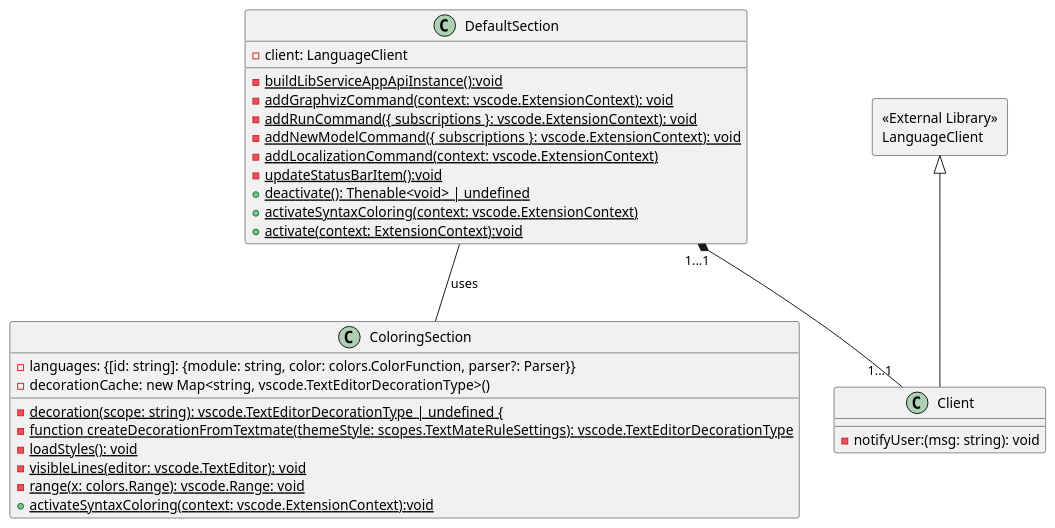
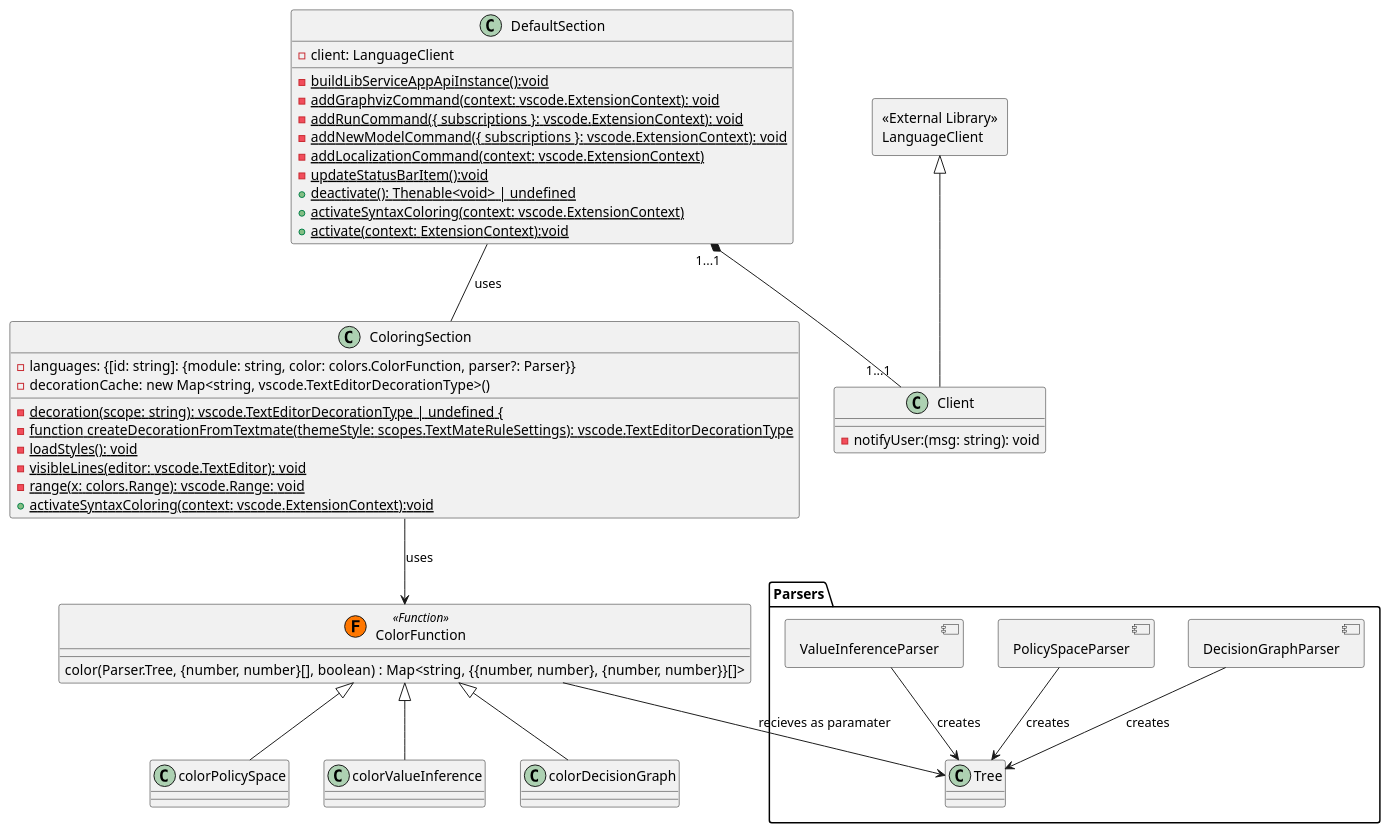
The diagram in diagrams/client/ExtensionClassDiagram.puml (wolfj123/PolicyModelsPlugin), drawn with PlantUML before and after one commit. The commit also changed 2 other files, not shown here.

Commit message:
coloring stuff

```diff
--- a/diagrams/client/ExtensionClassDiagram.puml
+++ b/diagrams/client/ExtensionClassDiagram.puml
@@ -1,43 +1,81 @@
 @startuml
+
 
 class DefaultSection {
     - client: LanguageClient
 
     - {static} buildLibServiceAppApiInstance():void
     - {static} addGraphvizCommand(context: vscode.ExtensionContext): void
     - {static} addRunCommand({ subscriptions }: vscode.ExtensionContext): void
     - {static} addNewModelCommand({ subscriptions }: vscode.ExtensionContext): void
     - {static} addLocalizationCommand(context: vscode.ExtensionContext)
     - {static} updateStatusBarItem():void
     + {static} deactivate(): Thenable<void> | undefined
     + {static} activateSyntaxColoring(context: vscode.ExtensionContext)
     + {static} activate(context: ExtensionContext):void
 }
 
 rectangle extConnection [
     <<External Library>>
     LanguageClient
 ]
 
 
 class Client extends extConnection{
     - notifyUser:(msg: string): void
 }
 
 
 class ColoringSection {
     - languages: {[id: string]: {module: string, color: colors.ColorFunction, parser?: Parser}}
     {field}- decorationCache: new Map<string, vscode.TextEditorDecorationType>()
 
     -{static} decoration(scope: string): vscode.TextEditorDecorationType | undefined {
     -{static} function createDecorationFromTextmate(themeStyle: scopes.TextMateRuleSettings): vscode.TextEditorDecorationType
     -{static} loadStyles(): void
     -{static} visibleLines(editor: vscode.TextEditor): void
     -{static}  range(x: colors.Range): vscode.Range: void
     +{static} activateSyntaxColoring(context: vscode.ExtensionContext):void 
 }
 
+
+
+
 DefaultSection "1...1" *-- "1...1" Client
 DefaultSection -- ColoringSection : uses
 
+
+
+' Color description
+allowmixing
+
+package Parsers {
+    component DecisionGraphParser
+    component PolicySpaceParser
+    component ValueInferenceParser
+    class Tree
+
+	DecisionGraphParser --> Tree : "creates"
+	PolicySpaceParser --> Tree : "creates"
+	ValueInferenceParser --> Tree : "creates"
+}
+
+class ColorFunction << (F,#FF7700) Function>>{
+	color(Parser.Tree, {number, number}[], boolean) : Map<string, {{number, number}, {number, number}}[]>
+}
+
+
+class colorDecisionGraph extends ColorFunction {	
+}
+
+class colorPolicySpace extends ColorFunction {	
+}
+
+class colorValueInference extends ColorFunction {	
+}
+
+ColorFunction --> Tree : recieves as paramater
+ColoringSection --> ColorFunction : uses
+
+
 @enduml
```
